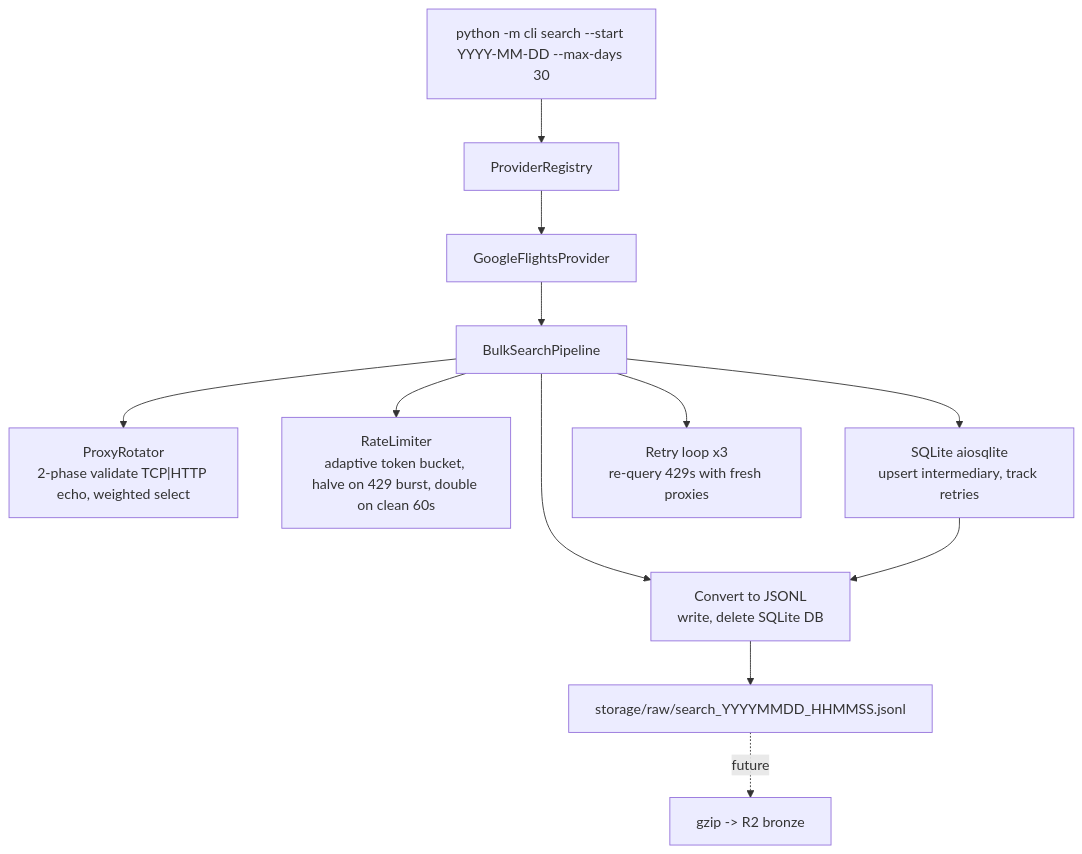
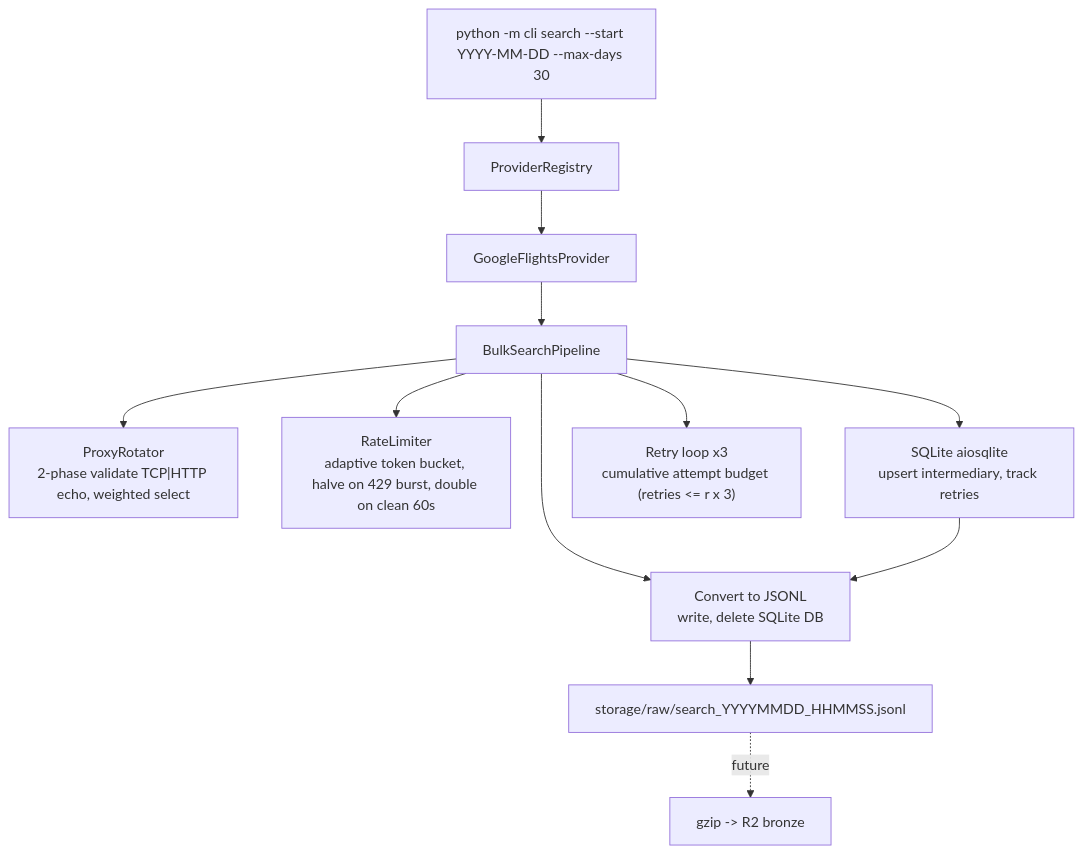
One commit to notlega/flight-price-observatory changed the diagram in README.md. Above: the diagram before and after it, drawn with Mermaid. The commit also changed other lines of this file and 4 other files, not shown here.

````diff
--- a/README.md
+++ b/README.md
@@ -46,19 +46,19 @@
 ```mermaid
 flowchart TD
     CLI["python -m cli search --start YYYY-MM-DD --max-days 30"]
     REG["ProviderRegistry"]
     PROV["GoogleFlightsProvider"]
     PIPE["BulkSearchPipeline"]
 
     CLI --> REG --> PROV --> PIPE
 
     PIPE --> ROT["ProxyRotator<br/>2-phase validate TCP|HTTP echo, weighted select"]
     PIPE --> RL["RateLimiter<br/>adaptive token bucket, halve on 429 burst, double on clean 60s"]
     PIPE --> SQL["SQLite aiosqlite<br/>upsert intermediary, track retries"]
-    PIPE --> RETRY["Retry loop x3<br/>re-query 429s with fresh proxies"]
+    PIPE --> RETRY["Retry loop x3<br/>cumulative attempt budget (retries <= r x 3)"]
     PIPE --> CONV["Convert to JSONL<br/>write, delete SQLite DB"]
 
     SQL --> CONV
     CONV --> OUT["storage/raw/search_YYYYMMDD_HHMMSS.jsonl"]
     OUT -. future .-> R2["gzip -> R2 bronze"]
 ```
````
